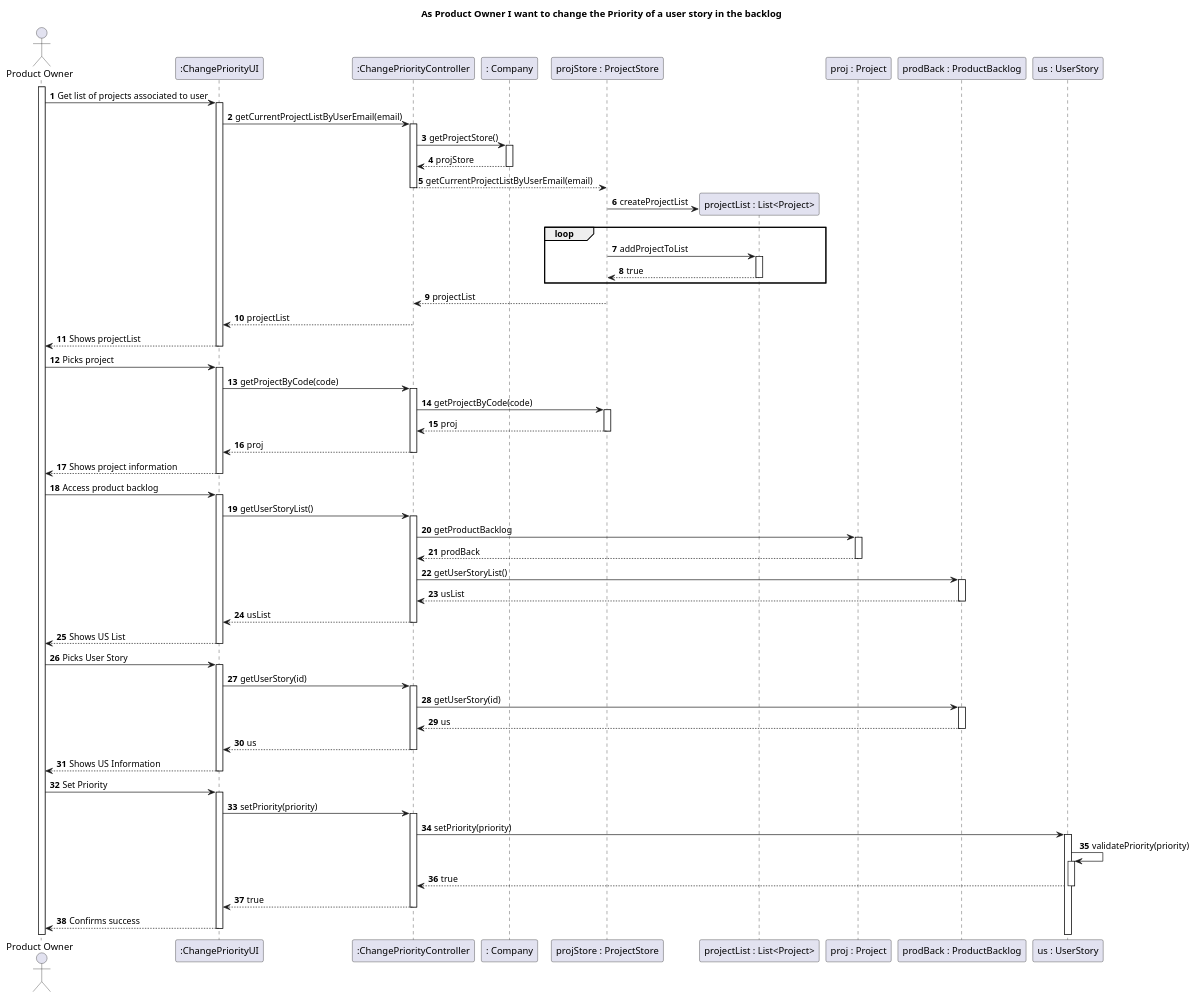
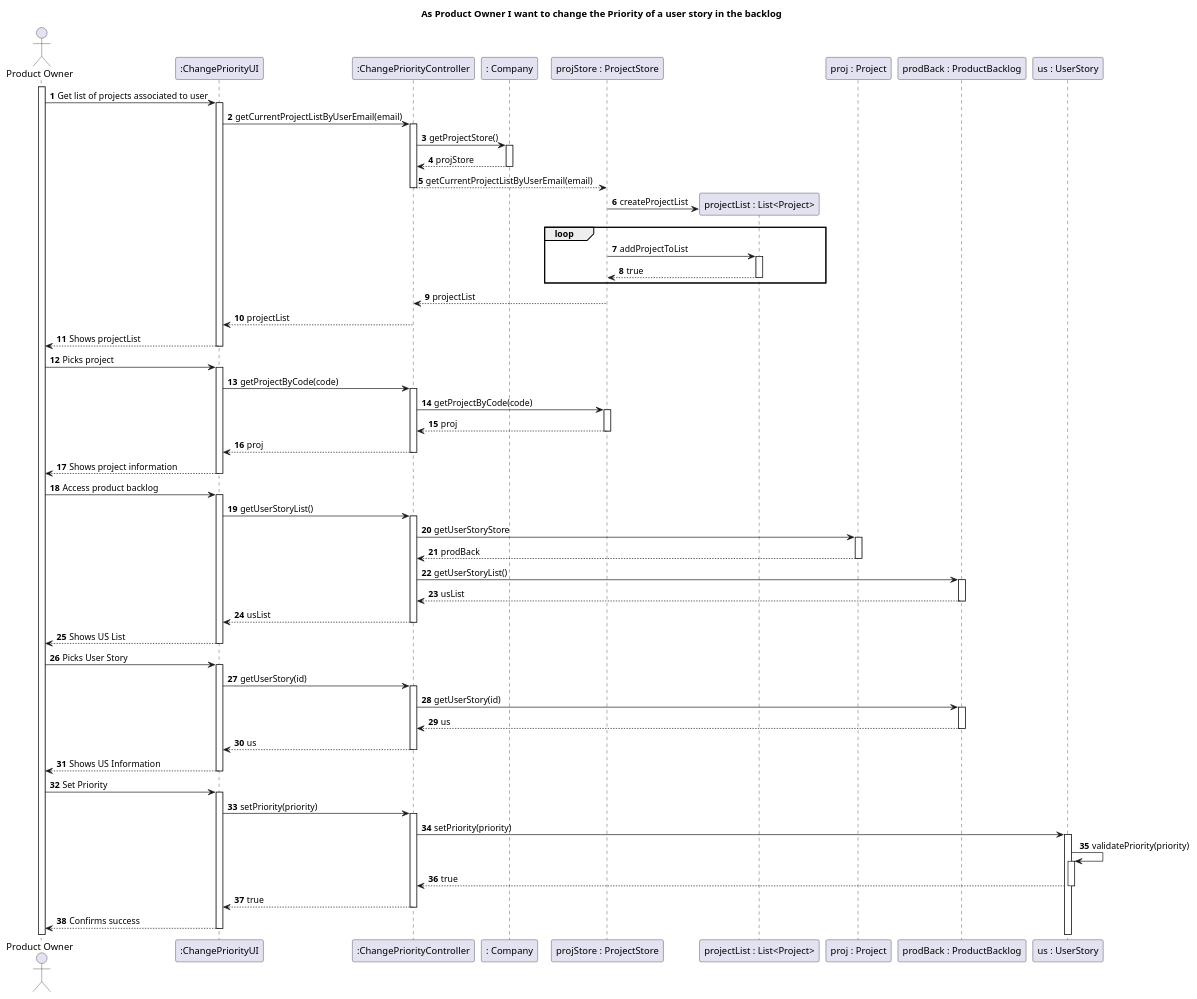
One commit to nunogon1211787/projectManagement changed the diagram in docs/Sprint2/US021/US021-SD.puml. Above: the diagram before and after it, drawn with PlantUML. The commit also changed 34 other files, not shown here.

```diff
--- a/docs/Sprint2/US021/US021-SD.puml
+++ b/docs/Sprint2/US021/US021-SD.puml
@@ -1,66 +1,66 @@
 @startuml
 'https://plantuml.com/sequence-diagram
 
 title As Product Owner I want to change the Priority of a user story in the backlog
 
 autoactivate on
 autonumber
 
 actor "Product Owner" as PO
 participant ":ChangePriorityUI" as System
 participant ":ChangePriorityController" as Ctrl
 participant ": Company" as C1
 participant "projStore : ProjectStore" as C2
 participant "projectList : List<Project>" as C2.1
 participant "proj : Project" as C3
 participant "prodBack : ProductBacklog" as C4
 participant "us : UserStory" as C5
 
 activate PO
 
 
 
 PO -> System: Get list of projects associated to user
 System -> Ctrl: getCurrentProjectListByUserEmail(email)
 Ctrl -> C1: getProjectStore()
 C1 --> Ctrl: projStore
 Ctrl --> C2: getCurrentProjectListByUserEmail(email)
 C2 -> C2.1 ** : createProjectList
  loop
 C2 -> C2.1: addProjectToList
 C2.1 --> C2: true
 end
 C2 --> Ctrl: projectList
 Ctrl --> System: projectList
 System --> PO: Shows projectList
 PO -> System: Picks project
 System -> Ctrl: getProjectByCode(code)
 Ctrl -> C2: getProjectByCode(code)
 C2 --> Ctrl: proj
 Ctrl --> System: proj
 System --> PO: Shows project information
 PO -> System: Access product backlog
 System -> Ctrl: getUserStoryList()
-Ctrl -> C3: getProductBacklog
+Ctrl -> C3: getUserStoryStore
 C3 --> Ctrl: prodBack
 Ctrl -> C4: getUserStoryList()
 C4 --> Ctrl: usList
 Ctrl --> System: usList
 System --> PO: Shows US List
 PO -> System: Picks User Story
 System -> Ctrl: getUserStory(id)
 Ctrl -> C4: getUserStory(id)
 C4 --> Ctrl: us
 Ctrl --> System: us
 System --> PO: Shows US Information
 PO -> System: Set Priority
 System -> Ctrl: setPriority(priority)
 Ctrl -> C5: setPriority(priority)
 C5 -> C5: validatePriority(priority)
 C5 --> Ctrl: true
 Ctrl --> System: true
 System --> PO: Confirms success
 
 
 
 @enduml
```
